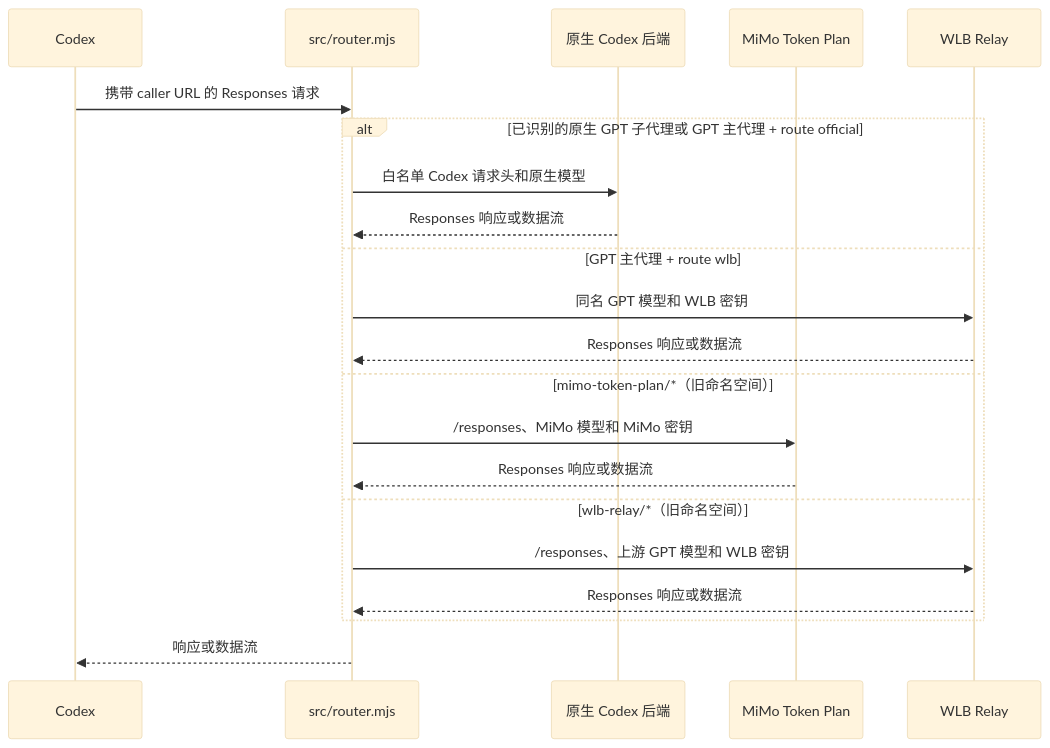
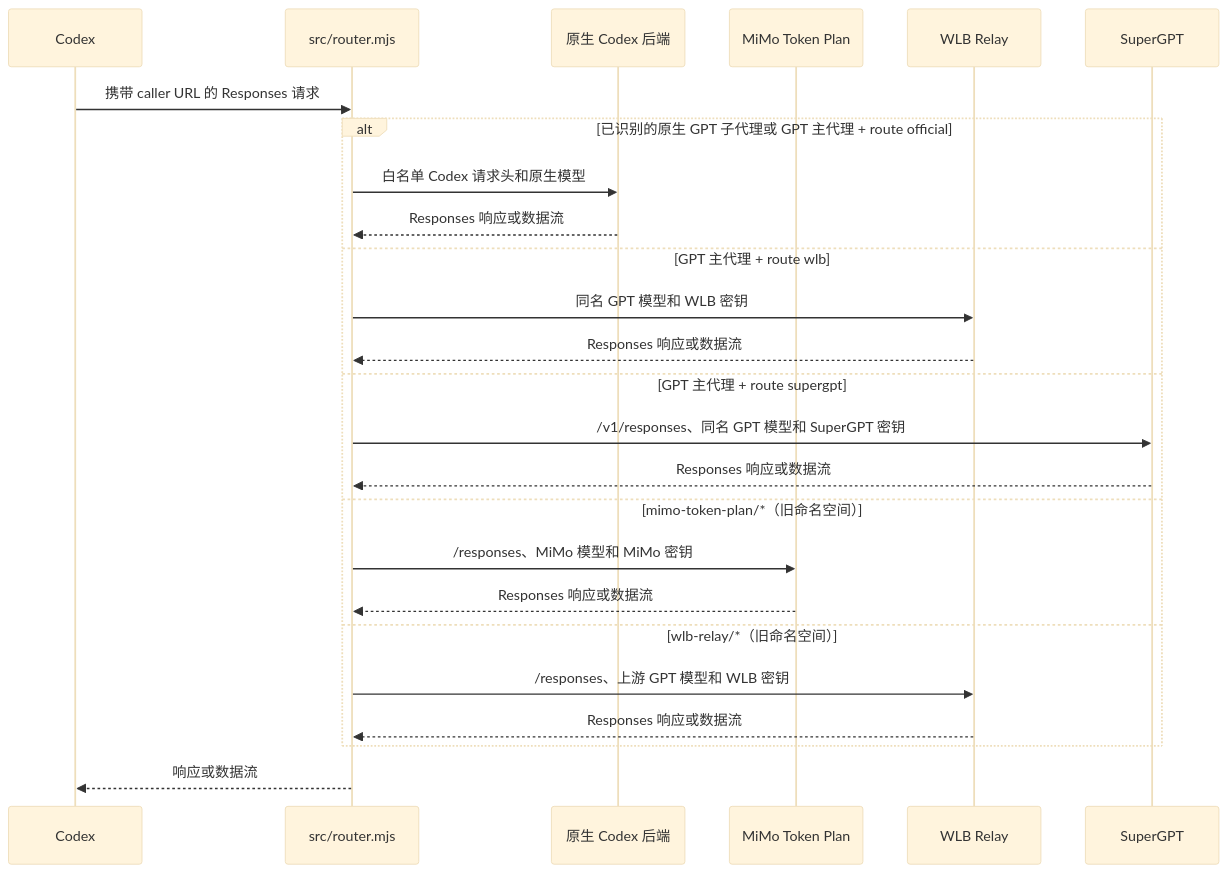
Before and after one commit to DKalien/codex-router: the diagram in docs/HOW-IT-WORKS.md, drawn with Mermaid (base theme). The commit also changed other lines of this file and 20 other files, not shown here.

First line of the commit message:
feat(router): 接入 SuperGPT 并移除模型元数据更新

````diff
--- a/docs/HOW-IT-WORKS.md
+++ b/docs/HOW-IT-WORKS.md
@@ -10,24 +10,28 @@
 ```mermaid
 sequenceDiagram
   participant C as Codex
   participant R as src/router.mjs
   participant N as 原生 Codex 后端
   participant M as MiMo Token Plan
   participant W as WLB Relay
+  participant S as SuperGPT
 
   C->>R: 携带 caller URL 的 Responses 请求
   alt 已识别的原生 GPT 子代理或 GPT 主代理 + route official
     R->>N: 白名单 Codex 请求头和原生模型
     N-->>R: Responses 响应或数据流
   else GPT 主代理 + route wlb
     R->>W: 同名 GPT 模型和 WLB 密钥
     W-->>R: Responses 响应或数据流
+  else GPT 主代理 + route supergpt
+    R->>S: /v1/responses、同名 GPT 模型和 SuperGPT 密钥
+    S-->>R: Responses 响应或数据流
   else mimo-token-plan/*（旧命名空间）
     R->>M: /responses、MiMo 模型和 MiMo 密钥
     M-->>R: Responses 响应或数据流
   else wlb-relay/*（旧命名空间）
     R->>W: /responses、上游 GPT 模型和 WLB 密钥
     W-->>R: Responses 响应或数据流
   end
   R-->>C: 响应或数据流
 ```
````
